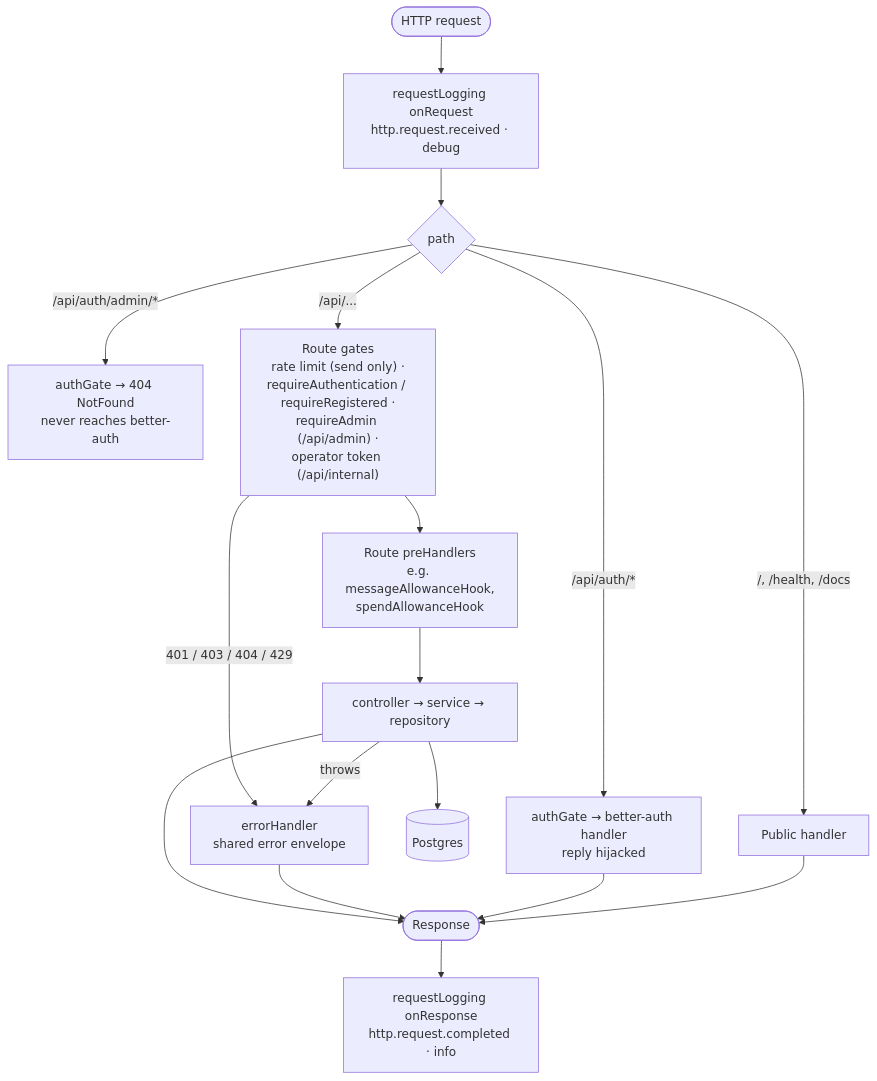
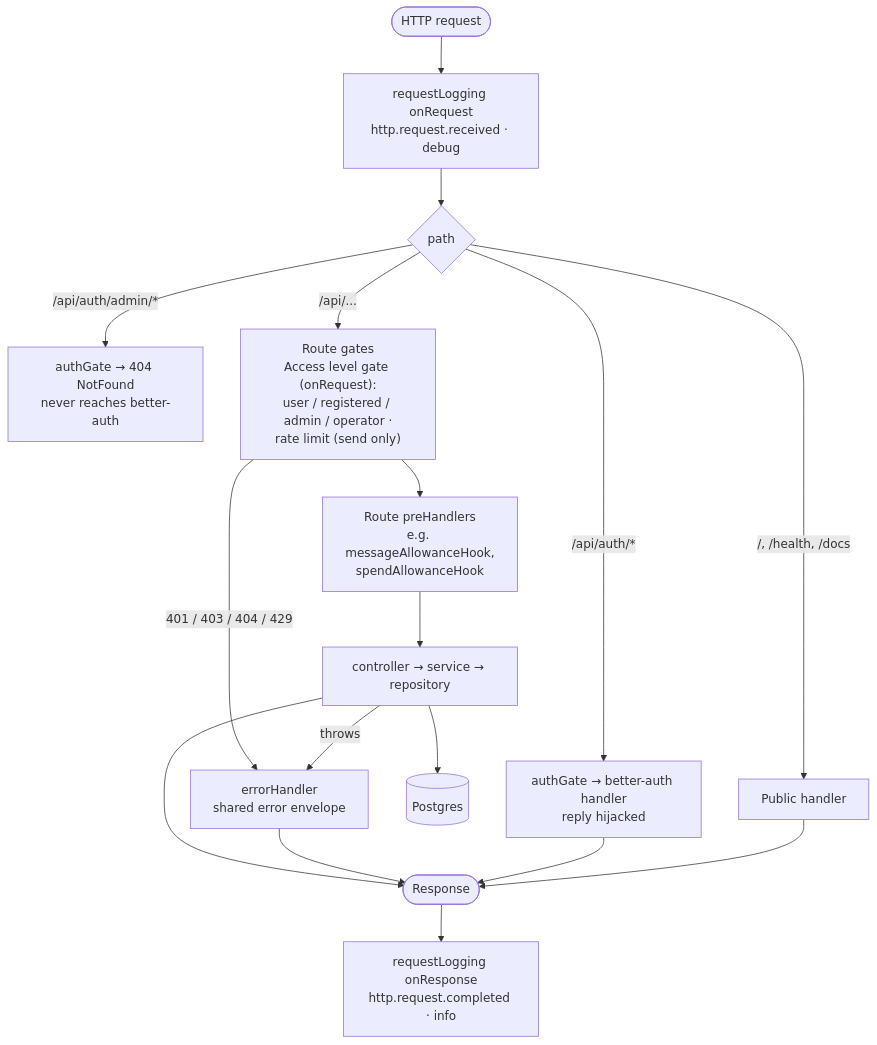
The fourth of 9 diagrams in docs/architecture.md (itsDaiton/nebula-chat), drawn with Mermaid before and after one commit. The commit also changed other lines of this file and 58 other files, not shown here.

Commit message:
fix(server): NEB-891 every route declares its Access level (#924)

````diff
--- a/docs/architecture.md
+++ b/docs/architecture.md
@@ -123,19 +123,19 @@
 ```mermaid
 flowchart TD
   req([HTTP request]) --> log1["requestLogging onRequest<br/>http.request.received · debug"]
   log1 --> which{path}
   which -->|"/api/auth/admin/*"| nf["authGate → 404 NotFound<br/>never reaches better-auth"]
   which -->|"/api/auth/*"| ba["authGate → better-auth handler<br/>reply hijacked"]
   which -->|"/, /health, /docs"| public[Public handler]
-  which -->|"/api/..."| gates["Route gates<br/>rate limit (send only) ·<br/>requireAuthentication / requireRegistered ·<br/>requireAdmin (/api/admin) ·<br/>operator token (/api/internal)"]
+  which -->|"/api/..."| gates["Route gates<br/>Access level gate (onRequest):<br/>user / registered / admin / operator ·<br/>rate limit (send only)"]
   gates --> pre["Route preHandlers<br/>e.g. messageAllowanceHook,<br/>spendAllowanceHook"]
   pre --> handler["controller → service → repository"]
   handler --> pg[(Postgres)]
   gates -->|"401 / 403 / 404 / 429"| err
   handler -->|throws| err["errorHandler<br/>shared error envelope"]
   handler --> res([Response])
   err --> res
   ba --> res
   public --> res
   res --> log2["requestLogging onResponse<br/>http.request.completed · info"]
 ```
````
